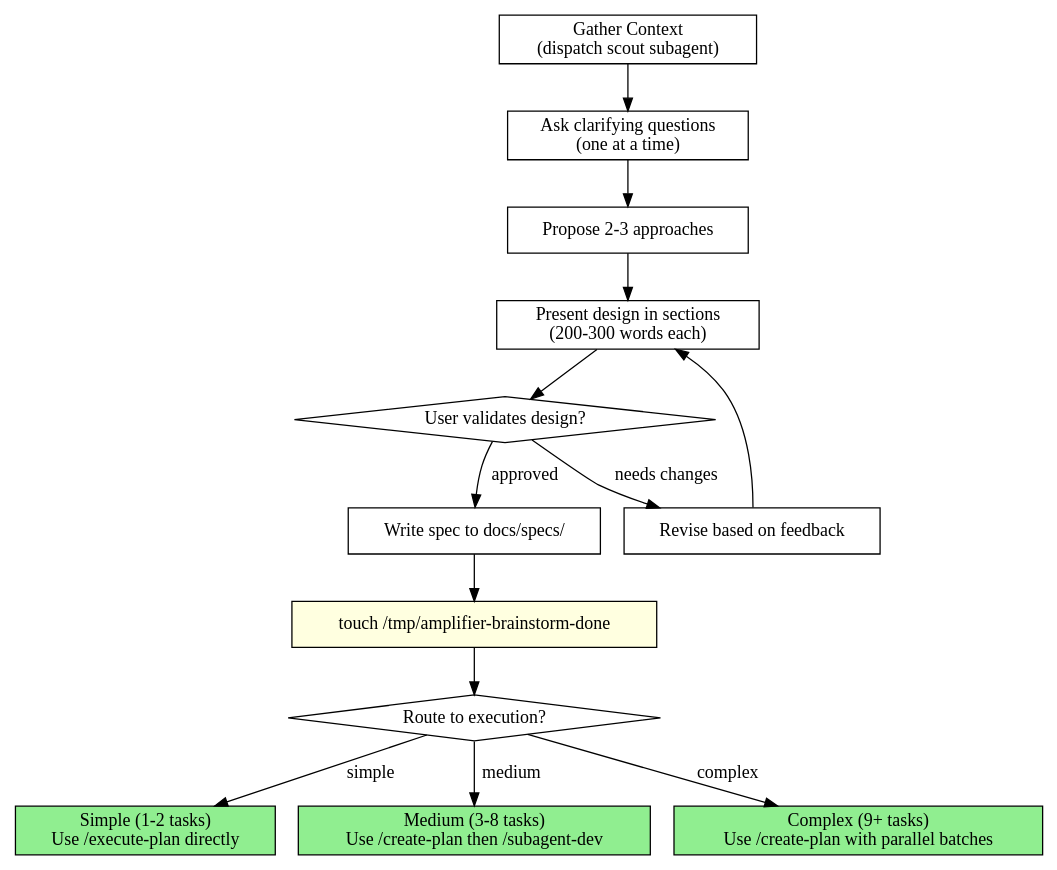
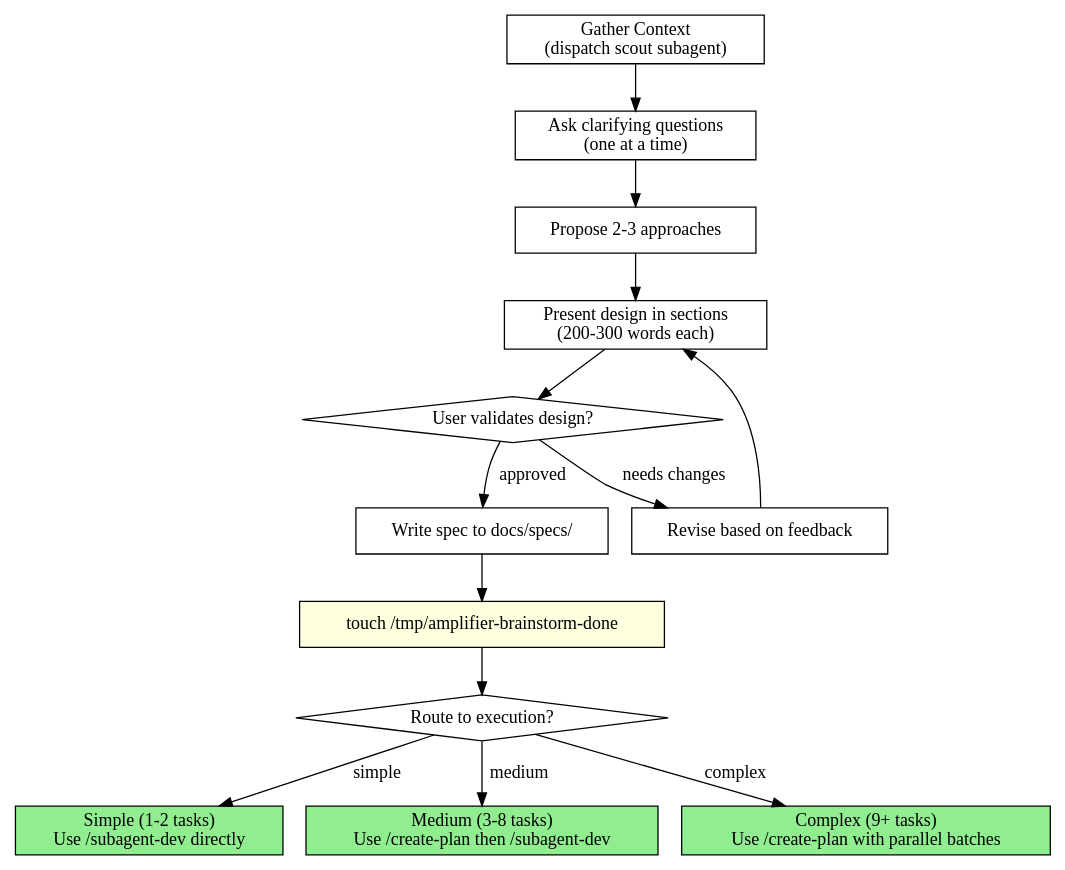
One commit to microsoft/amplifier changed the diagram in .claude/commands/brainstorm.md. Above: the diagram before and after it, drawn with Graphviz. The commit also changed 4 other files, not shown here.

First line of the commit message:
fix: update stale /execute-plan and /review-code-at-path references

````diff
--- a/.claude/commands/brainstorm.md
+++ b/.claude/commands/brainstorm.md
@@ -17,31 +17,31 @@
 ```dot
 digraph brainstorm {
   rankdir=TB;
 
   "gather_context" [label="Gather Context\n(dispatch scout subagent)" shape=box];
   "ask_questions" [label="Ask clarifying questions\n(one at a time)" shape=box];
   "propose_approaches" [label="Propose 2-3 approaches" shape=box];
   "present_design" [label="Present design in sections\n(200-300 words each)" shape=box];
   "validate" [label="User validates design?" shape=diamond];
   "revise" [label="Revise based on feedback" shape=box];
   "write_spec" [label="Write spec to docs/specs/" shape=box];
   "write_marker" [label="touch /tmp/amplifier-brainstorm-done" shape=box style=filled fillcolor=lightyellow];
   "route" [label="Route to execution?" shape=diamond];
-  "simple" [label="Simple (1-2 tasks)\nUse /execute-plan directly" shape=box style=filled fillcolor=lightgreen];
+  "simple" [label="Simple (1-2 tasks)\nUse /subagent-dev directly" shape=box style=filled fillcolor=lightgreen];
   "medium" [label="Medium (3-8 tasks)\nUse /create-plan then /subagent-dev" shape=box style=filled fillcolor=lightgreen];
   "complex" [label="Complex (9+ tasks)\nUse /create-plan with parallel batches" shape=box style=filled fillcolor=lightgreen];
 
   "gather_context" -> "ask_questions";
   "ask_questions" -> "propose_approaches";
   "propose_approaches" -> "present_design";
   "present_design" -> "validate";
   "validate" -> "revise" [label="needs changes"];
   "revise" -> "present_design";
   "validate" -> "write_spec" [label="approved"];
   "write_spec" -> "write_marker";
   "write_marker" -> "route";
   "route" -> "simple" [label="simple"];
   "route" -> "medium" [label="medium"];
   "route" -> "complex" [label="complex"];
 }
 ```
````
